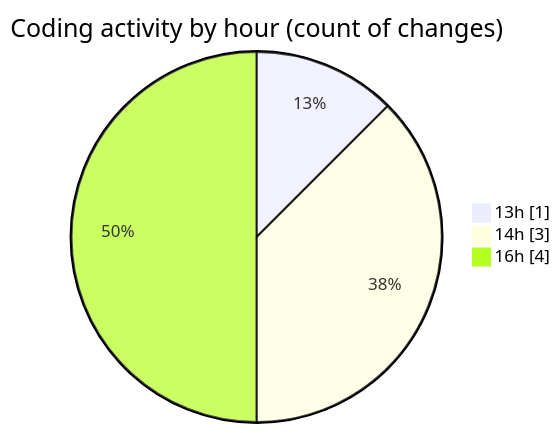
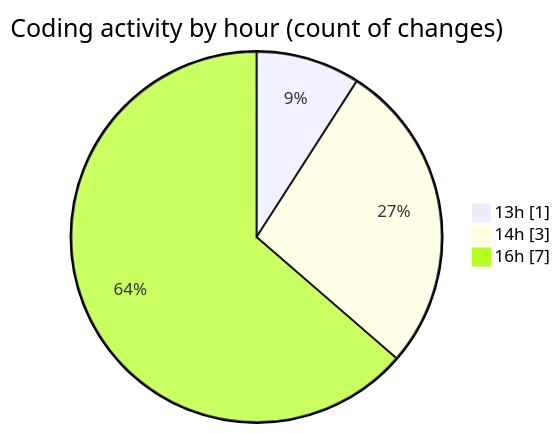
The second of 2 diagrams in 2026-04-27/cilapp/README.md (ricardozamudiocil/code-tracking), drawn with Mermaid before and after one commit. The commit also changed other lines of this file and 1 other file, not shown here.

````diff
--- a/2026-04-27/cilapp/README.md
+++ b/2026-04-27/cilapp/README.md
@@ -31,7 +31,7 @@
 ```mermaid
 pie showData
 title Coding activity by hour (count of changes)
 "13h" : 1
 "14h" : 3
-"16h" : 4
+"16h" : 7
 ```
````
